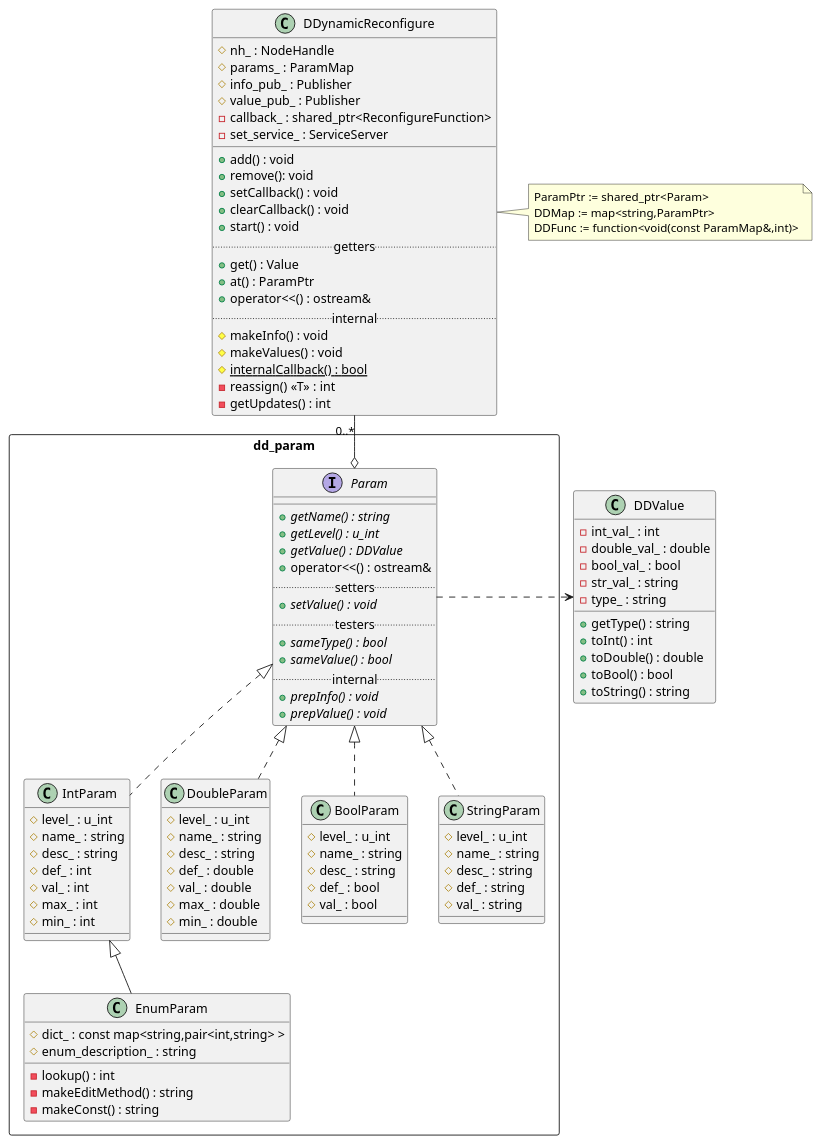
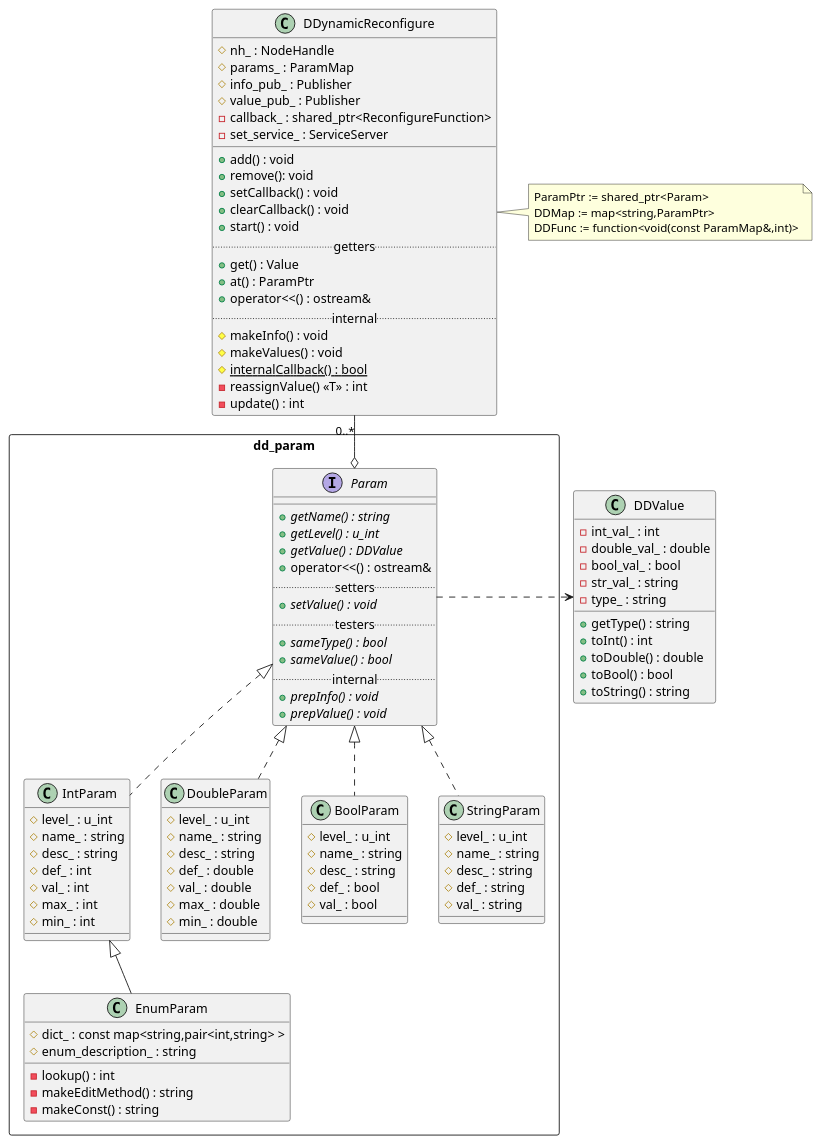
One commit to Noam-Dori/dynamica changed the diagram in uml/class_struct.puml. Above: the diagram before and after it, drawn with PlantUML. The commit also changed 4 other files, not shown here.

```diff
--- a/uml/class_struct.puml
+++ b/uml/class_struct.puml
@@ -1,103 +1,103 @@
 @startuml
 class DDynamicReconfigure {
     #nh_ : NodeHandle
     #params_ : ParamMap
     #info_pub_ : Publisher
     #value_pub_ : Publisher
     -callback_ : shared_ptr<ReconfigureFunction>
     -set_service_ : ServiceServer
     __
     +add() : void
     +remove(): void
     +setCallback() : void
     +clearCallback() : void
     +start() : void
     ..getters..
     +get() : Value
     +at() : ParamPtr
     +operator<<() : ostream&
     ..internal..
     #makeInfo() : void
     #makeValues() : void
     #{static} internalCallback() : bool
-    -reassign() <<T>> : int
-    -getUpdates() : int
+    -reassignValue() <<T>> : int
+    -update() : int
 }
 note right: ParamPtr := shared_ptr<Param>\nDDMap := map<string,ParamPtr>\nDDFunc := function<void(const ParamMap&,int)>
 class DDValue {
     -int_val_ : int
     -double_val_ : double
     -bool_val_ : bool
     -str_val_ : string
     -type_ : string
     +getType() : string
     +toInt() : int
     +toDouble() : double
     +toBool() : bool
     +toString() : string
 }
 package dd_param <<Rectangle>> {
     interface Param {
         __
         +{abstract} getName() : string
         +{abstract} getLevel() : u_int
         +{abstract} getValue() : DDValue
         +operator<<() : ostream&
         ..setters..
         +{abstract} setValue() : void
         ..testers..
         +{abstract} sameType() : bool
         +{abstract} sameValue() : bool
         ..internal..
         +{abstract} prepInfo() : void
         +{abstract} prepValue() : void
     }
     class IntParam {
         #level_ : u_int
         #name_ : string
         #desc_ : string
         #def_ : int
         #val_ : int
         #max_ : int
         #min_ : int
     }
     class DoubleParam {
         #level_ : u_int
         #name_ : string
         #desc_ : string
         #def_ : double
         #val_ : double
         #max_ : double
         #min_ : double
     }
     class BoolParam {
         #level_ : u_int
         #name_ : string
         #desc_ : string
         #def_ : bool
         #val_ : bool
     }
     class StringParam {
         #level_ : u_int
         #name_ : string
         #desc_ : string
         #def_ : string
         #val_ : string
     }
     class EnumParam {
       #dict_ : const map<string,pair<int,string> >
       #enum_description_ : string
       -lookup() : int
       -makeEditMethod() : string
       -makeConst() : string
     }
 }
 
 Param .> DDValue
 IntParam .u.|> Param
 DoubleParam .u.|> Param
 BoolParam .u.|> Param
 StringParam .u.|> Param
 EnumParam -u-|> IntParam
 DDynamicReconfigure "0..*" --o Param
 @enduml
```
